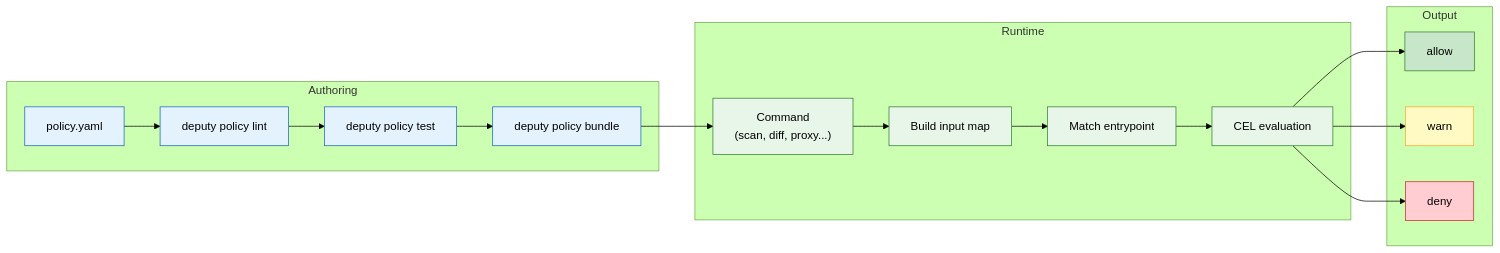
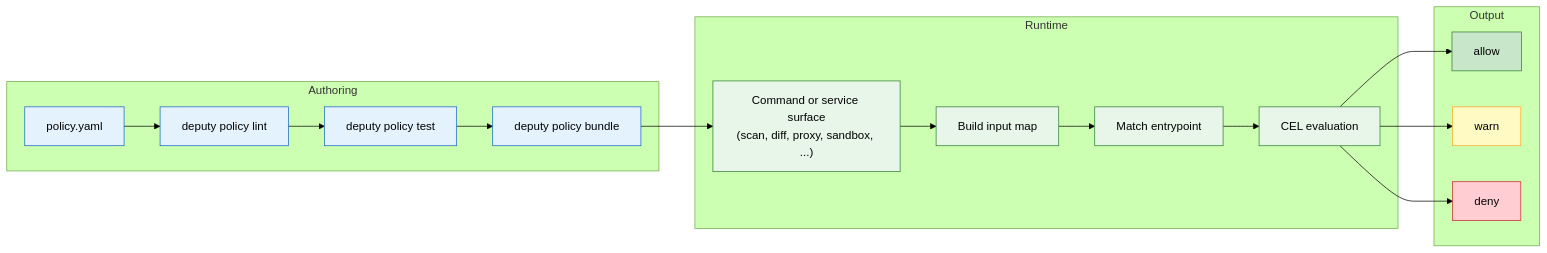
The first of 2 diagrams in docs/reference/policy-framework.md (temporalio/deputy), drawn with Mermaid (forest theme) before and after one commit. The commit also changed other lines of this file and 222 other files, not shown here.

````diff
--- a/docs/reference/policy-framework.md
+++ b/docs/reference/policy-framework.md
@@ -7,39 +7,39 @@
 ```mermaid
 flowchart LR
     subgraph Author["Authoring"]
         YAML["policy.yaml"]
         Lint["deputy policy lint"]
         Test["deputy policy test"]
         Bundle["deputy policy bundle"]
     end
 
     subgraph Runtime["Runtime"]
-        Command["Command<br/>(scan, diff, proxy...)"]
+        Command["Command or service surface<br/>(scan, diff, proxy, sandbox, ...)"]
         Input["Build input map"]
         Entrypoint["Match entrypoint"]
         CEL["CEL evaluation"]
     end
 
     subgraph Output["Output"]
         Allow["allow"]
         Warn["warn"]
         Deny["deny"]
     end
 
     YAML --> Lint --> Test --> Bundle
     Bundle --> Command
     Command --> Input --> Entrypoint --> CEL
     CEL --> Allow & Warn & Deny
 
     classDef author fill:#e3f2fd,stroke:#1565c0
     classDef runtime fill:#e8f5e9,stroke:#2e7d32
     classDef allow fill:#c8e6c9,stroke:#2e7d32
     classDef warn fill:#fff9c4,stroke:#f9a825
     classDef deny fill:#ffcdd2,stroke:#c62828
 
     class YAML,Lint,Test,Bundle author
     class Command,Input,Entrypoint,CEL runtime
     class Allow allow
     class Warn warn
     class Deny deny
 ```
````
